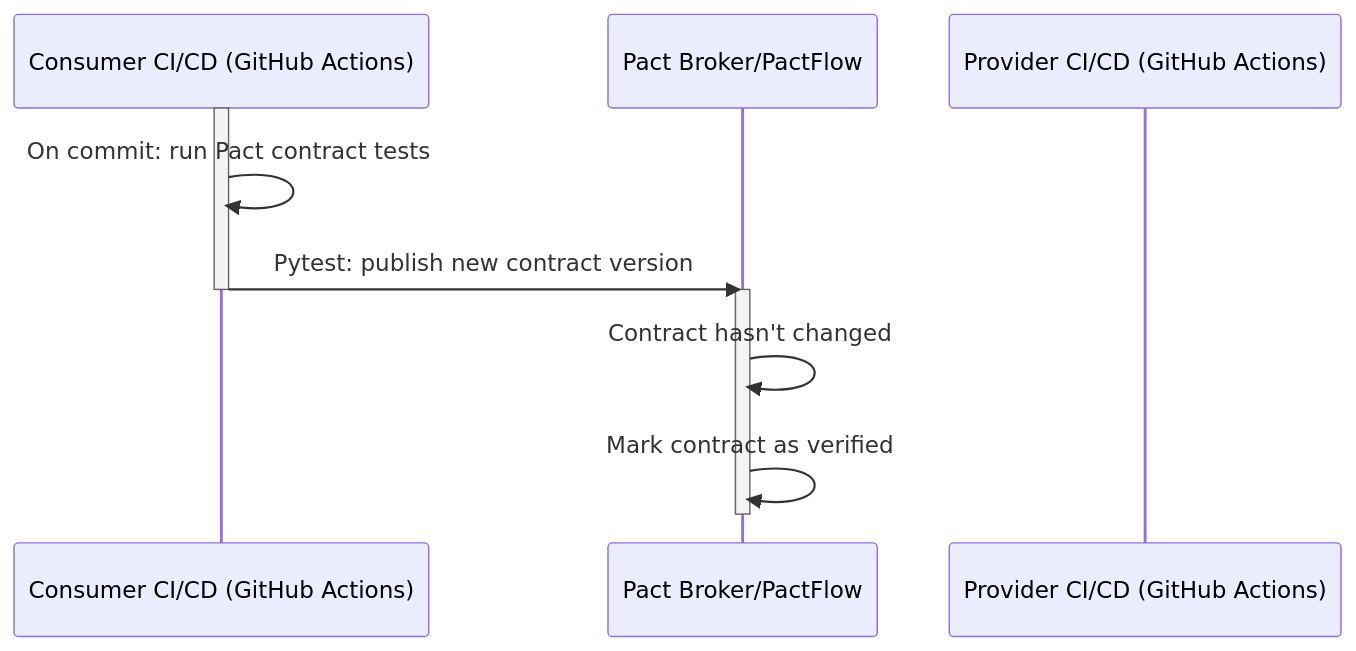
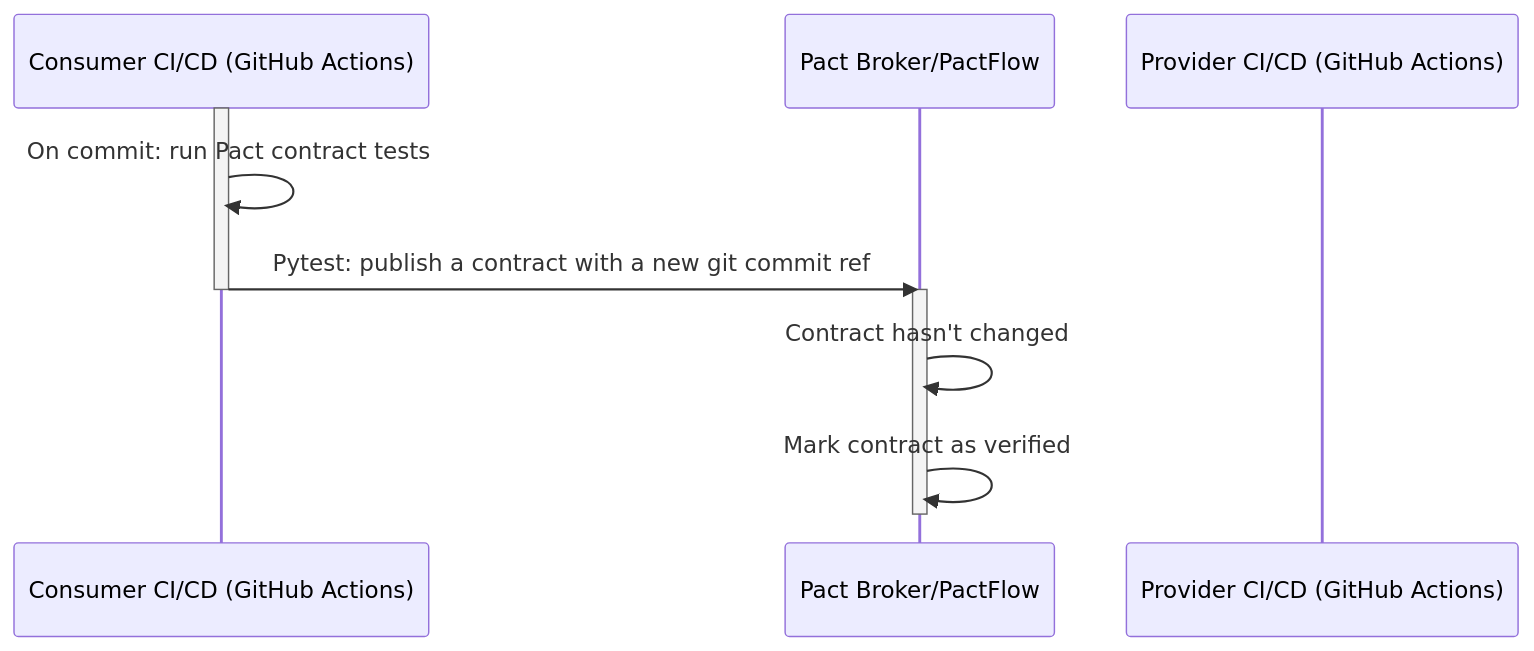
The third of 5 diagrams in README.md (filipsnastins/consumer-driven-contract-testing-with-pact), drawn with Mermaid before and after one commit. The commit also changed other lines of this file, not shown here.

````diff
--- a/README.md
+++ b/README.md
@@ -510,16 +514,16 @@
 ```mermaid
 sequenceDiagram
     participant Consumer as Consumer CI/CD (GitHub Actions)
     participant PactBroker as Pact Broker/PactFlow
     participant Provider as Provider CI/CD (GitHub Actions)
 
     activate Consumer
     Consumer->>Consumer: On commit: run Pact contract tests
-    Consumer->>PactBroker: Pytest: publish new contract version
+    Consumer->>PactBroker: Pytest: publish a contract with a new git commit ref
     deactivate Consumer
 
     activate PactBroker
     PactBroker->>PactBroker: Contract hasn't changed
     PactBroker->>PactBroker: Mark contract as verified
     deactivate PactBroker
 ```
````
